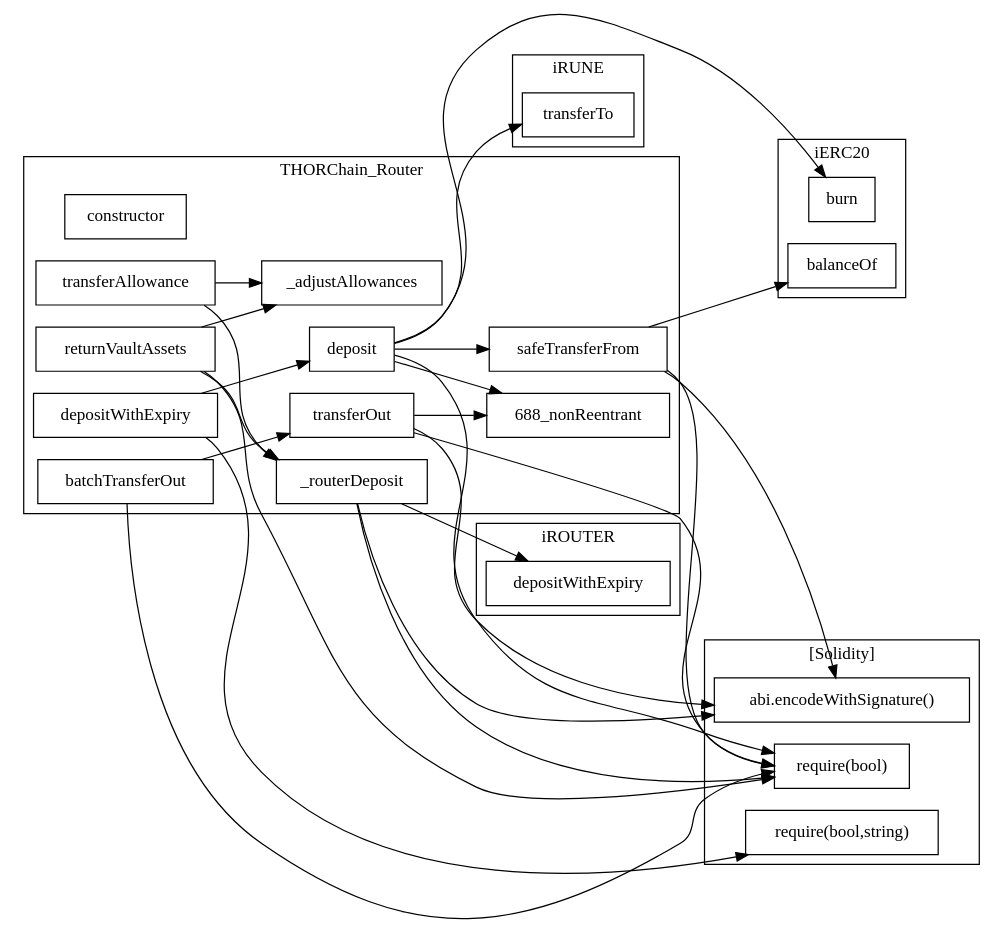
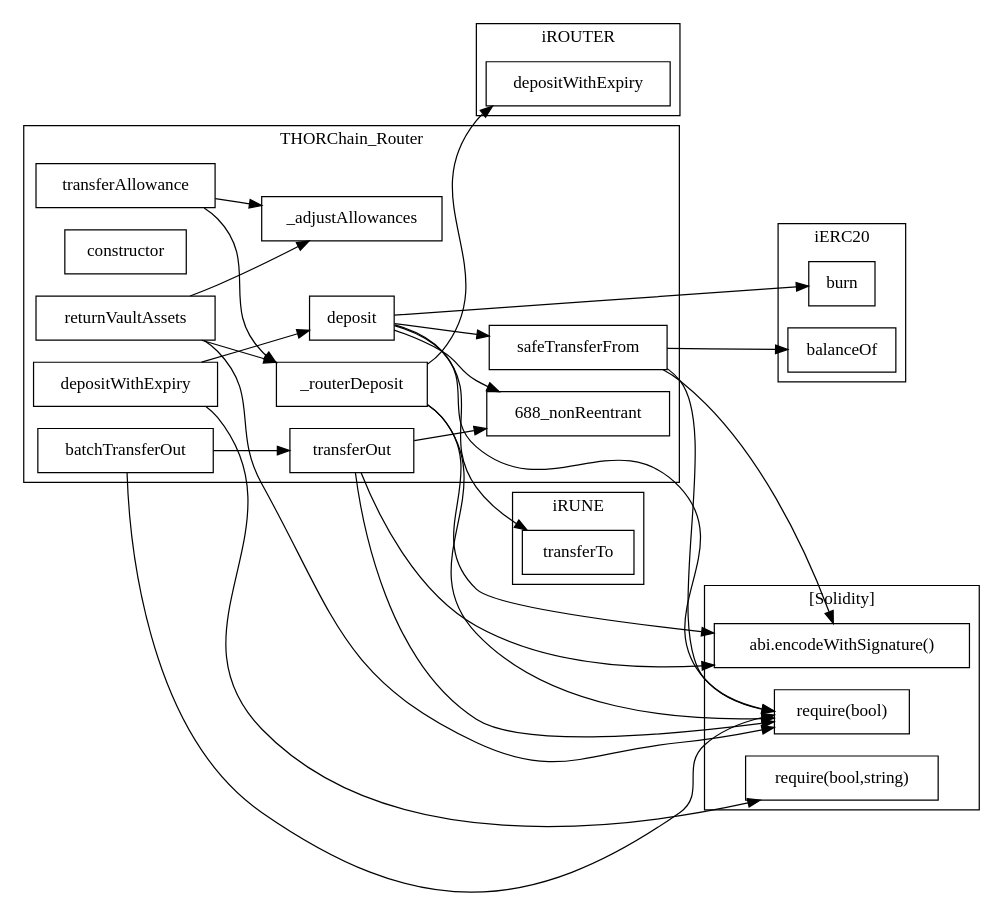
The diagram in static_analysis/THORChain20210723/THORChain_Router.sol.all_contracts.call-graph.dot (eliQAQ/IntelliBridge-Auditor), drawn with Graphviz before and after one commit. The commit also changed 740 other files, not shown here.

```diff
--- a/static_analysis/THORChain20210723/THORChain_Router.sol.all_contracts.call-graph.dot
+++ b/static_analysis/THORChain20210723/THORChain_Router.sol.all_contracts.call-graph.dot
@@ -1,54 +1,54 @@
 strict digraph {
 rankdir="LR"
 node [shape=box]
 subgraph cluster_688_THORChain_Router {
 label = "THORChain_Router"
-"688_constructor" [label="constructor"]
-"688_depositWithExpiry" [label="depositWithExpiry"]
-"688_transferAllowance" [label="transferAllowance"]
-"688__routerDeposit" [label="_routerDeposit"]
-"688__adjustAllowances" [label="_adjustAllowances"]
-"688_returnVaultAssets" [label="returnVaultAssets"]
 "688_transferOut" [label="transferOut"]
 "688_deposit" [label="deposit"]
+"688_transferAllowance" [label="transferAllowance"]
+"688__adjustAllowances" [label="_adjustAllowances"]
+"688_constructor" [label="constructor"]
+"688_safeTransferFrom" [label="safeTransferFrom"]
+"688_depositWithExpiry" [label="depositWithExpiry"]
+"688__routerDeposit" [label="_routerDeposit"]
+"688_returnVaultAssets" [label="returnVaultAssets"]
 "688_batchTransferOut" [label="batchTransferOut"]
-"688_safeTransferFrom" [label="safeTransferFrom"]
-"688_deposit" -> "688_safeTransferFrom"
+"688_transferAllowance" -> "688__routerDeposit"
 "688_transferOut" -> "688_nonReentrant"
 "688_returnVaultAssets" -> "688__adjustAllowances"
-"688_transferAllowance" -> "688__routerDeposit"
-"688_deposit" -> "688_nonReentrant"
 "688_batchTransferOut" -> "688_transferOut"
 "688_depositWithExpiry" -> "688_deposit"
+"688_transferAllowance" -> "688__adjustAllowances"
 "688_returnVaultAssets" -> "688__routerDeposit"
-"688_transferAllowance" -> "688__adjustAllowances"
-}subgraph cluster_38_iROUTER {
-label = "iROUTER"
-"38_depositWithExpiry" [label="depositWithExpiry"]
+"688_deposit" -> "688_safeTransferFrom"
+"688_deposit" -> "688_nonReentrant"
+}subgraph cluster_24_iRUNE {
+label = "iRUNE"
+"24_transferTo" [label="transferTo"]
 }subgraph cluster_14_iERC20 {
 label = "iERC20"
 "14_burn" [label="burn"]
 "14_balanceOf" [label="balanceOf"]
-}subgraph cluster_24_iRUNE {
-label = "iRUNE"
-"24_transferTo" [label="transferTo"]
+}subgraph cluster_38_iROUTER {
+label = "iROUTER"
+"38_depositWithExpiry" [label="depositWithExpiry"]
 }subgraph cluster_solidity {
 label = "[Solidity]"
 "require(bool)" 
 "require(bool,string)" 
 "abi.encodeWithSignature()" 
 "688_safeTransferFrom" -> "require(bool)"
+"688_safeTransferFrom" -> "abi.encodeWithSignature()"
+"688_returnVaultAssets" -> "require(bool)"
+"688_transferOut" -> "require(bool)"
+"688_batchTransferOut" -> "require(bool)"
 "688_deposit" -> "require(bool)"
-"688_safeTransferFrom" -> "abi.encodeWithSignature()"
 "688_transferOut" -> "abi.encodeWithSignature()"
+"688_depositWithExpiry" -> "require(bool,string)"
 "688__routerDeposit" -> "abi.encodeWithSignature()"
-"688_batchTransferOut" -> "require(bool)"
-"688_transferOut" -> "require(bool)"
-"688_returnVaultAssets" -> "require(bool)"
-"688_depositWithExpiry" -> "require(bool,string)"
 "688__routerDeposit" -> "require(bool)"
-}"688_deposit" -> "24_transferTo"
-"688__routerDeposit" -> "38_depositWithExpiry"
+}"688__routerDeposit" -> "38_depositWithExpiry"
+"688_deposit" -> "24_transferTo"
+"688_deposit" -> "14_burn"
 "688_safeTransferFrom" -> "14_balanceOf"
-"688_deposit" -> "14_burn"
 }
```
